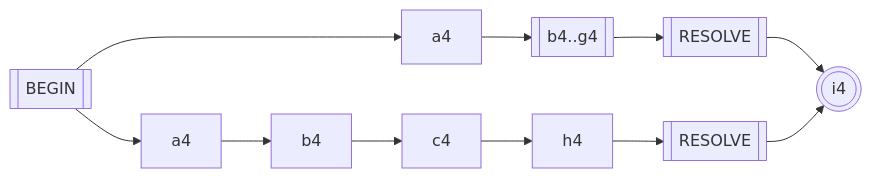
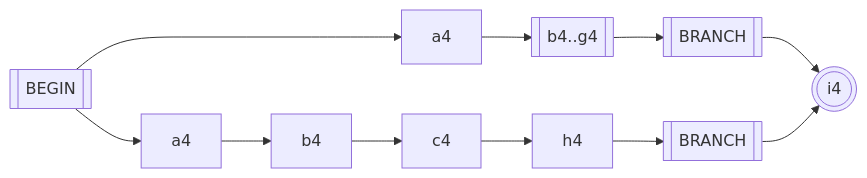
Before and after one commit to vczh-websites/vczh: diagram 26 of 27 in Blog/GLR-Refactoring/Mermaid.md, drawn with Mermaid. The commit also changed other lines of this file, not shown here.

````diff
--- a/Blog/GLR-Refactoring/Mermaid.md
+++ b/Blog/GLR-Refactoring/Mermaid.md
@@ -633,6 +633,6 @@
 ```mermaid
 graph LR
-  S[[BEGIN]]-->a4_1[a4]-->b4_g4[["b4..g4"]]-->R_1[[RESOLVE]]
-  S-->a4_2[a4]-->b4-->c4-->h4-->R_2[[RESOLVE]]
+  S[[BEGIN]]-->a4_1[a4]-->b4_g4[["b4..g4"]]-->R_1[[BRANCH]]
+  S-->a4_2[a4]-->b4-->c4-->h4-->R_2[[BRANCH]]
   R_1 & R_2-->i4(((i4)))
 ```
````
